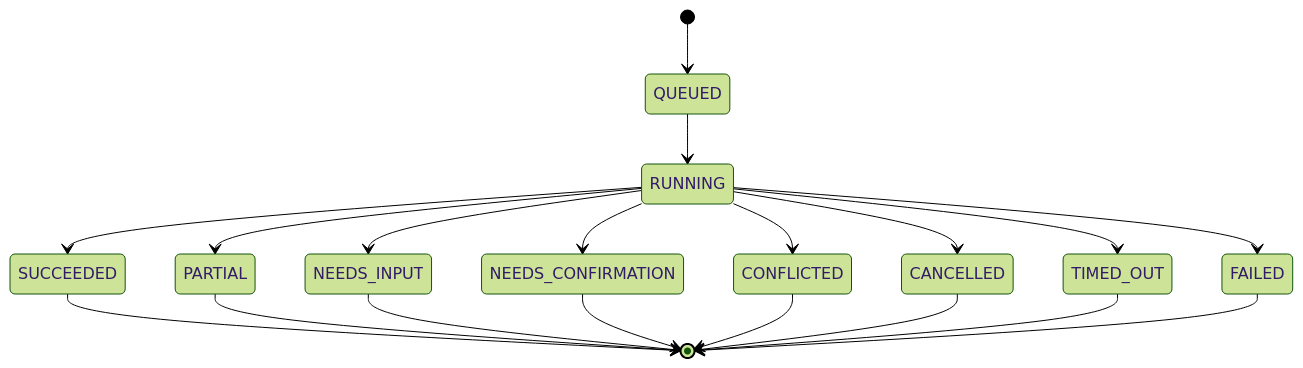
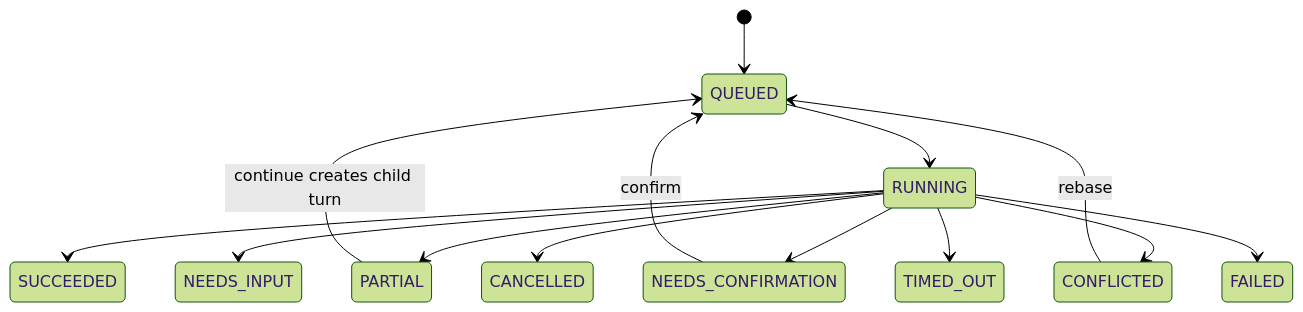
Before and after one commit to mehdieidi/modriss: the second of 2 diagrams in docs/diagrams/15-ai-assistant-turn-and-proposal.md, drawn with Mermaid (forest theme). The commit also changed other lines of this file and 52 other files, not shown here.

First line of the commit message:
test(ai): add tests for agent action schema and turn loop behavior and update docs

````diff
--- a/docs/diagrams/15-ai-assistant-turn-and-proposal.md
+++ b/docs/diagrams/15-ai-assistant-turn-and-proposal.md
@@ -45,21 +36,16 @@
 ```mermaid
 stateDiagram-v2
     [*] --> QUEUED
     QUEUED --> RUNNING
     RUNNING --> SUCCEEDED
     RUNNING --> PARTIAL
     RUNNING --> NEEDS_INPUT
     RUNNING --> NEEDS_CONFIRMATION
     RUNNING --> CONFLICTED
     RUNNING --> CANCELLED
     RUNNING --> TIMED_OUT
     RUNNING --> FAILED
-    SUCCEEDED --> [*]
-    PARTIAL --> [*]
-    NEEDS_INPUT --> [*]
-    NEEDS_CONFIRMATION --> [*]
-    CONFLICTED --> [*]
-    CANCELLED --> [*]
-    TIMED_OUT --> [*]
-    FAILED --> [*]
+    PARTIAL --> QUEUED: continue creates child turn
+    NEEDS_CONFIRMATION --> QUEUED: confirm
+    CONFLICTED --> QUEUED: rebase
 ```
````
